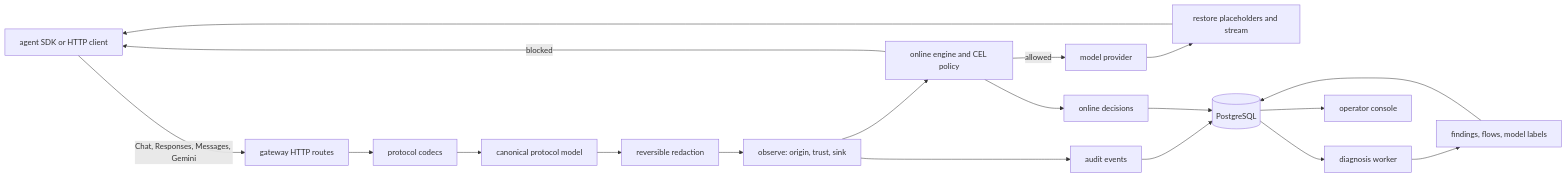
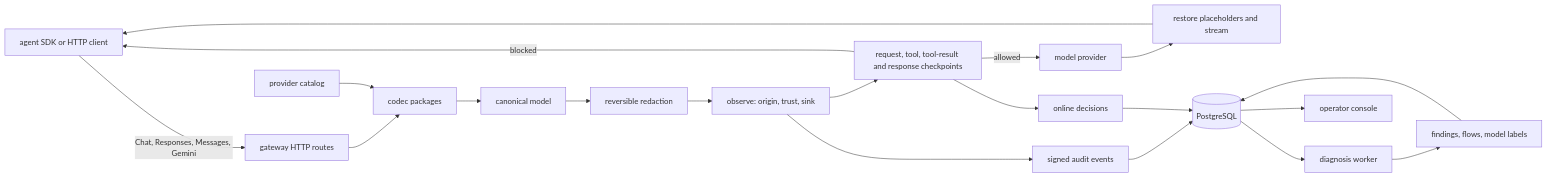
The diagram in docs/agent/README.md (yv1ing/SafeAgent), drawn with Mermaid before and after one commit. The commit also changed other lines of this file and 344 other files, not shown here.

Commit message:
refactor: rebuild the gateway on providers, streams and signed audit

````diff
--- a/docs/agent/README.md
+++ b/docs/agent/README.md
@@ -9,21 +9,22 @@
 ```mermaid
 flowchart LR
     Agent["agent SDK or HTTP client"] -->|Chat, Responses, Messages, Gemini| API["gateway HTTP routes"]
-    API --> Codec["protocol codecs"]
-    Codec --> Canon["canonical protocol model"]
+    API --> Codec["codec packages"]
+    Codec --> Canon["canonical model"]
+    Providers["provider catalog"] --> Codec
     Canon --> Redact["reversible redaction"]
     Redact --> Observe["observe: origin, trust, sink"]
-    Observe --> Online["online engine and CEL policy"]
+    Observe --> Online["request, tool, tool-result and response checkpoints"]
     Online -->|allowed| Upstream["model provider"]
     Online -->|blocked| Agent
     Upstream --> Restore["restore placeholders and stream"]
     Restore --> Agent
-    Observe --> Audit["audit events"]
+    Observe --> Audit["signed audit events"]
     Online --> Decisions["online decisions"]
     Audit --> PostgreSQL[("PostgreSQL")]
     Decisions --> PostgreSQL
     PostgreSQL --> Worker["diagnosis worker"]
     Worker --> Findings["findings, flows, model labels"]
     Findings --> PostgreSQL
     PostgreSQL --> Console["operator console"]
 ```
````
